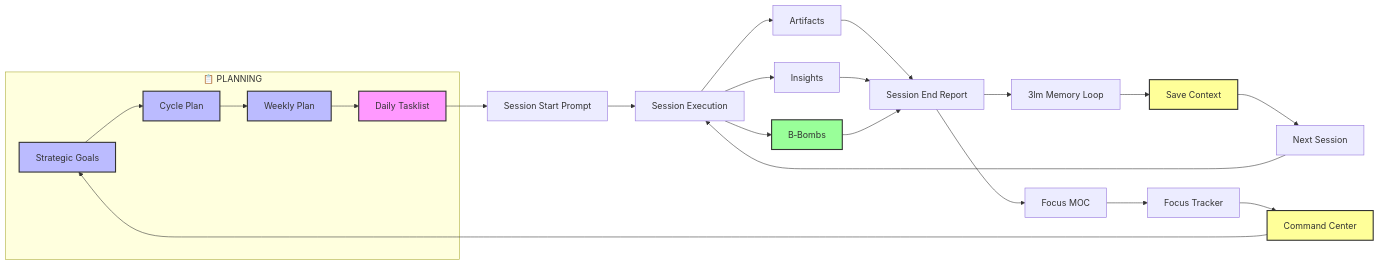
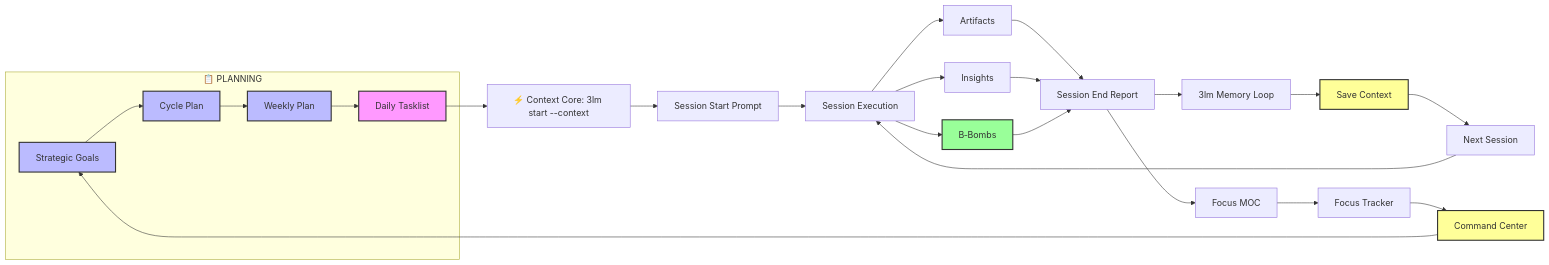
One commit to kmagwenzi/ai-suplex changed the diagram in AI-Suplex-777/AI-Suplex Kick-start/The AI-Suplex Workflow Pipeline.md. Above: the diagram before and after it, drawn with Mermaid. The commit also changed other lines of this file and 15 other files, not shown here.

First line of the commit message:
Guides + specs: sync to the dev source of truth (14 updates + Quick Start); drop the legacy Session Start Prompt

````diff
--- a/AI-Suplex-777/AI-Suplex Kick-start/The AI-Suplex Workflow Pipeline.md
+++ b/AI-Suplex-777/AI-Suplex Kick-start/The AI-Suplex Workflow Pipeline.md
@@ -17,30 +18,31 @@
 ```mermaid
 graph LR
     subgraph "📋 PLANNING"
         A[Strategic Goals] --> B[Cycle Plan]
         B --> C[Weekly Plan]
         C --> D[Daily Tasklist]
     end
-    D --> E[Session Start Prompt]
+    D --> D0[⚡ Context Core: 3lm start --context]
+    D0 --> E[Session Start Prompt]
     E --> F[Session Execution]
     F --> G[Artifacts]
     F --> H[Insights]
     F --> I[B‑Bombs]
     G & H & I --> J[Session End Report]
     J --> K[3lm Memory Loop]
     K --> L[Save Context]
     L --> M[Next Session]
     M --> F
     J --> N[Focus MOC]
     N --> O[Focus Tracker]
     O --> P[Command Center]
     P --> A
 
     style A fill:#bbf,stroke:#333,stroke-width:2px
     style B fill:#bbf,stroke:#333,stroke-width:2px
     style C fill:#bbf,stroke:#333,stroke-width:2px
     style D fill:#f9f,stroke:#333,stroke-width:2px
     style I fill:#9f9,stroke:#333,stroke-width:2px
     style L fill:#ff9,stroke:#333,stroke-width:2px
     style P fill:#ff9,stroke:#333,stroke-width:2px
 ```
````
